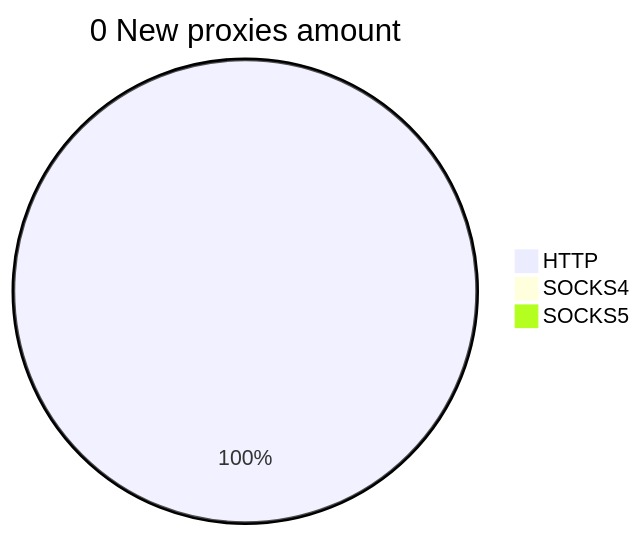
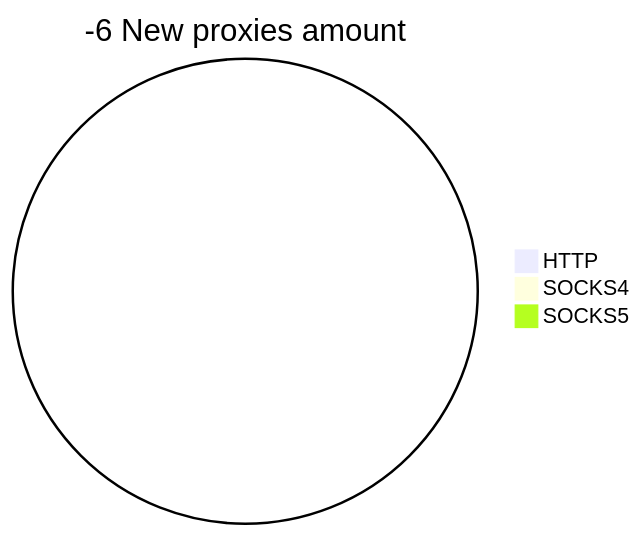
Before and after one commit to cutipu/proxylist: the second of 2 diagrams in README.md, drawn with Mermaid. The commit also changed other lines of this file, not shown here.

````diff
--- a/README.md
+++ b/README.md
@@ -10,6 +10,6 @@
 ```mermaid
-pie title 0 New proxies amount
-    "HTTP" : 1
+pie title -6 New proxies amount
+    "HTTP" : 0
     "SOCKS4" : 0
     "SOCKS5" : 0
 ```
````
